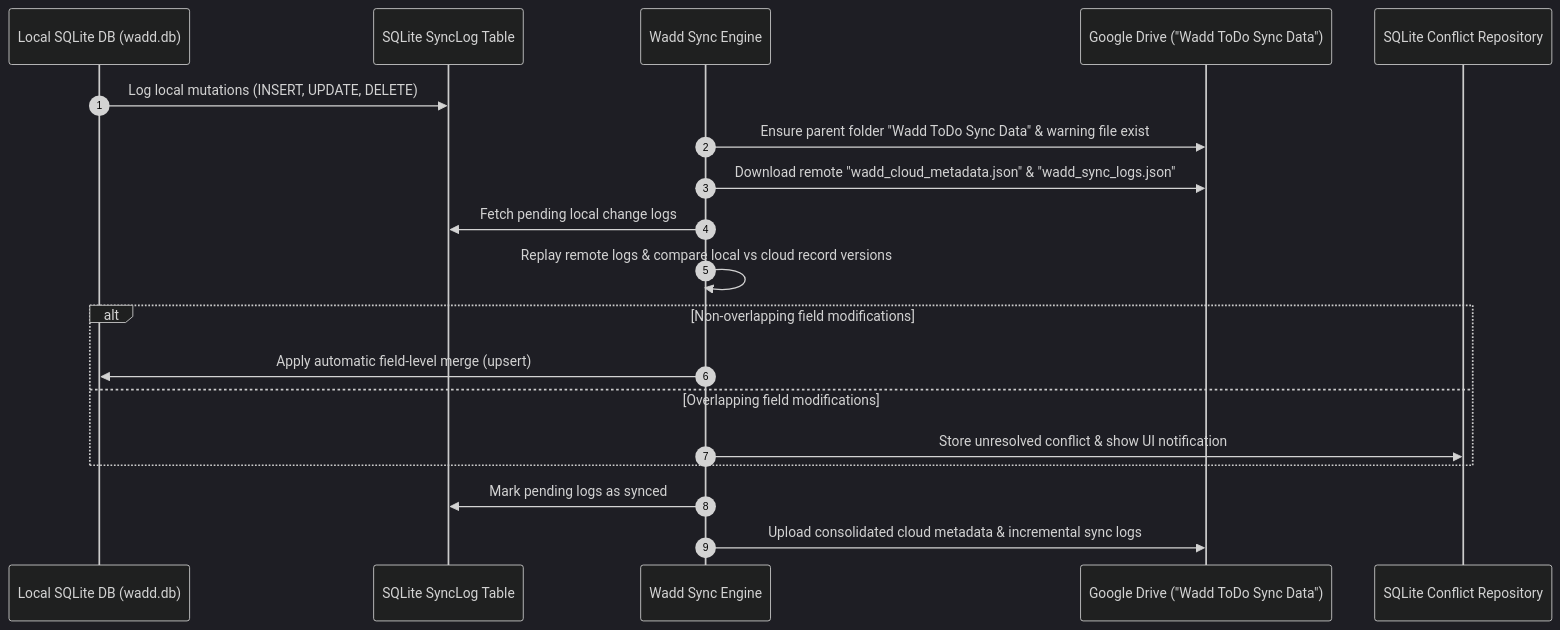
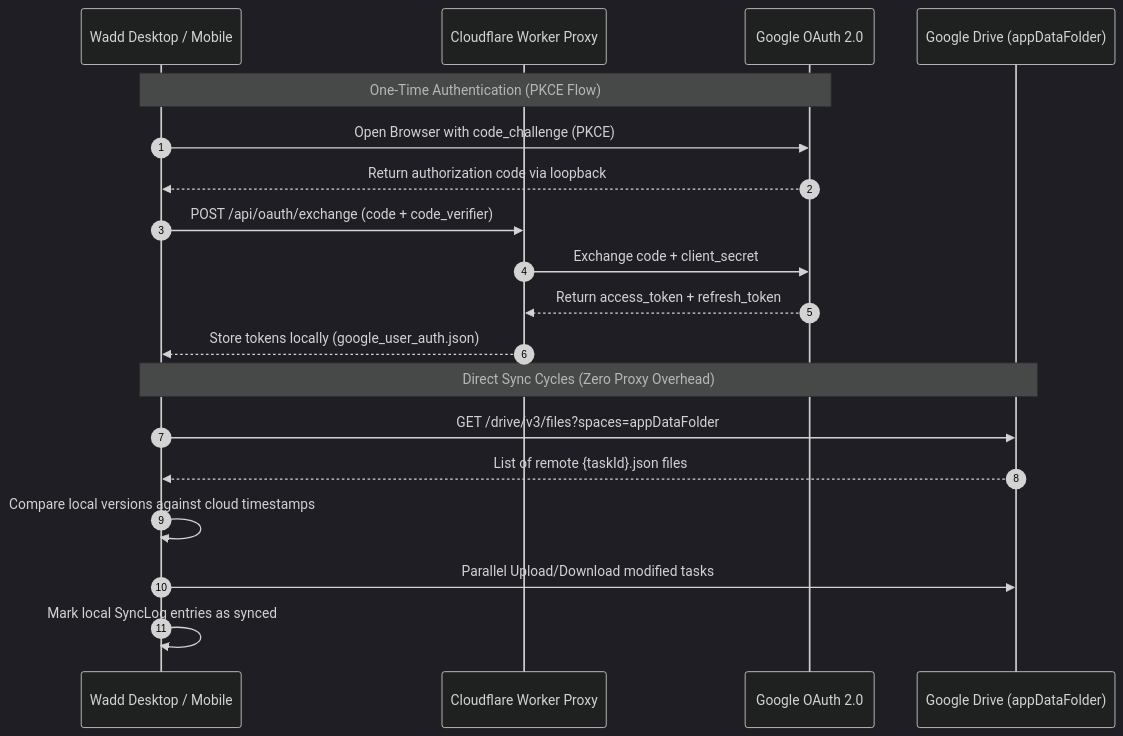
The diagram in README.md (deonetwo/wadd-todo-app), drawn with Mermaid (dark theme) before and after one commit. The commit also changed other lines of this file, not shown here.

Commit message:
docs: update architecture, sync engine, and project guide in README

````diff
--- a/README.md
+++ b/README.md
@@ -190,22 +65,23 @@
 ```mermaid
 sequenceDiagram
     autonumber
-    participant LocalDB as Local SQLite DB (wadd.db)
-    participant SyncLog as SQLite SyncLog Table
-    participant Engine as Wadd Sync Engine
-    participant Drive as Google Drive ("Wadd ToDo Sync Data")
-    participant ConflictRepo as SQLite Conflict Repository
+    participant App as Wadd Desktop / Mobile
+    participant Proxy as Cloudflare Worker Proxy
+    participant GoogleAuth as Google OAuth 2.0
+    participant Drive as Google Drive (appDataFolder)
 
-    LocalDB->>SyncLog: Log local mutations (INSERT, UPDATE, DELETE)
-    Engine->>Drive: Ensure parent folder "Wadd ToDo Sync Data" & warning file exist
-    Engine->>Drive: Download remote "wadd_cloud_metadata.json" & "wadd_sync_logs.json"
-    Engine->>SyncLog: Fetch pending local change logs
-    Engine->>Engine: Replay remote logs & compare local vs cloud record versions
-    alt Non-overlapping field modifications
-        Engine->>LocalDB: Apply automatic field-level merge (upsert)
-    else Overlapping field modifications
-        Engine->>ConflictRepo: Store unresolved conflict & show UI notification
-    end
-    Engine->>SyncLog: Mark pending logs as synced
-    Engine->>Drive: Upload consolidated cloud metadata & incremental sync logs
+    Note over App,GoogleAuth: One-Time Authentication (PKCE Flow)
+    App->>GoogleAuth: Open Browser with code_challenge (PKCE)
+    GoogleAuth-->>App: Return authorization code via loopback
+    App->>Proxy: POST /api/oauth/exchange (code + code_verifier)
+    Proxy->>GoogleAuth: Exchange code + client_secret
+    GoogleAuth-->>Proxy: Return access_token + refresh_token
+    Proxy-->>App: Store tokens locally (google_user_auth.json)
+
+    Note over App,Drive: Direct Sync Cycles (Zero Proxy Overhead)
+    App->>Drive: GET /drive/v3/files?spaces=appDataFolder
+    Drive-->>App: List of remote {taskId}.json files
+    App->>App: Compare local versions against cloud timestamps
+    App->>Drive: Parallel Upload/Download modified tasks
+    App->>App: Mark local SyncLog entries as synced
 ```
````
